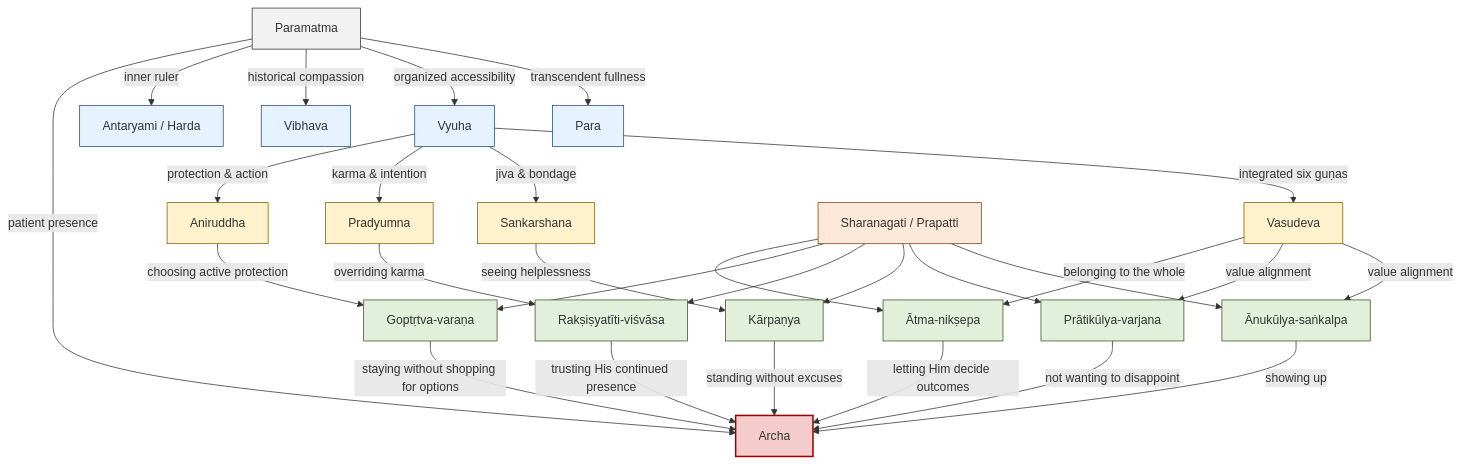
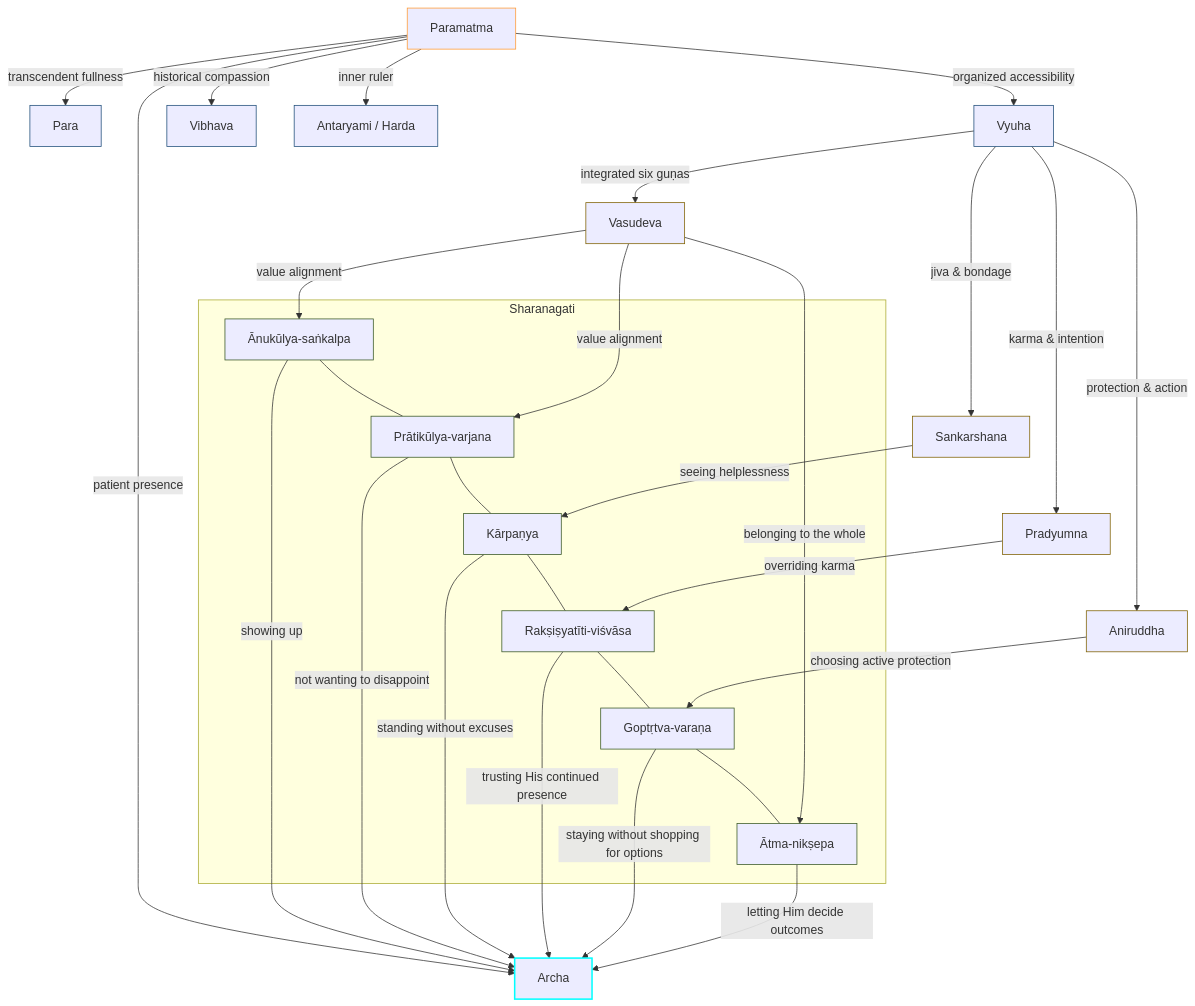
The diagram in reflections/paramatma-roopa-flow.md (RaPaLearning/askys), drawn with Mermaid before and after one commit.

Commit message:
flow without background colors in the nodes

````diff
--- a/reflections/paramatma-roopa-flow.md
+++ b/reflections/paramatma-roopa-flow.md
@@ -3,68 +3,66 @@
 ```mermaid
 flowchart TD
 
 %% =========================
 %% COLOR DEFINITIONS
 %% =========================
-classDef paramatma fill:#f2f2f2,stroke:#333,stroke-width:1px
-classDef roopa fill:#e6f2ff,stroke:#1f4e79,stroke-width:1px
-classDef vyuha fill:#fff2cc,stroke:#7f6000,stroke-width:1px
-classDef sharanagati fill:#fde9d9,stroke:#843c0c,stroke-width:1px
-classDef anga fill:#e2efda,stroke:#385723,stroke-width:1px
-classDef archa fill:#f4cccc,stroke:#990000,stroke-width:2px
+classDef paramatma stroke:#FF9933,stroke-width:1px
+classDef roopa stroke:#1f4e79,stroke-width:1px
+classDef vyuha stroke:#7f6000,stroke-width:1px
+classDef anga stroke:#385723,stroke-width:1px
+classDef archa stroke:#00FFFF,stroke-width:2px
 
 %% =========================
 %% PARAMATMA & ROOPAS
 %% =========================
 A[Paramatma]:::paramatma
 
 A -->|transcendent fullness| B[Para]:::roopa
 A -->|organized accessibility| C[Vyuha]:::roopa
 A -->|historical compassion| D[Vibhava]:::roopa
 A -->|inner ruler| E[Antaryami / Harda]:::roopa
 A -->|patient presence| F[Archa]:::archa
 
 %% =========================
 %% VYUHA EXPRESSIONS
 %% =========================
 C -->|integrated six guṇas| C1[Vasudeva]:::vyuha
 C -->|jiva & bondage| C2[Sankarshana]:::vyuha
 C -->|karma & intention| C3[Pradyumna]:::vyuha
 C -->|protection & action| C4[Aniruddha]:::vyuha
 
 %% =========================
 %% SHARANAGATI
 %% =========================
-G[Sharanagati / Prapatti]:::sharanagati
-
-G --> G1[Ānukūlya-saṅkalpa]:::anga
-G --> G2[Prātikūlya-varjana]:::anga
-G --> G3[Kārpaṇya]:::anga
-G --> G4[Rakṣiṣyatīti-viśvāsa]:::anga
-G --> G5[Goptṛtva-varaṇa]:::anga
-G --> G6[Ātma-nikṣepa]:::anga
+subgraph Sharanagati
+G1[Ānukūlya-saṅkalpa]:::anga --- G2[Prātikūlya-varjana]:::anga
+G2 --- G3[Kārpaṇya]:::anga
+G3 --- G4[Rakṣiṣyatīti-viśvāsa]:::anga
+G4 --- G5[Goptṛtva-varaṇa]:::anga
+G5 --- G6[Ātma-nikṣepa]:::anga
+end
 
 %% =========================
 %% VYUHA → AṄGA MAPPING
 %% =========================
 C1 -->|value alignment| G1
 C1 -->|value alignment| G2
 
 C2 -->|seeing helplessness| G3
 
 C3 -->|overriding karma| G4
 
 C4 -->|choosing active protection| G5
 
 C1 -->|belonging to the whole| G6
 
 %% =========================
 %% AṄGAS RESTING IN ARCHĀ
 %% =========================
 G1 -->|showing up| F
 G2 -->|not wanting to disappoint| F
 G3 -->|standing without excuses| F
 G4 -->|trusting His continued presence| F
 G5 -->|staying without shopping for options| F
 G6 -->|letting Him decide outcomes| F
 ```
````
